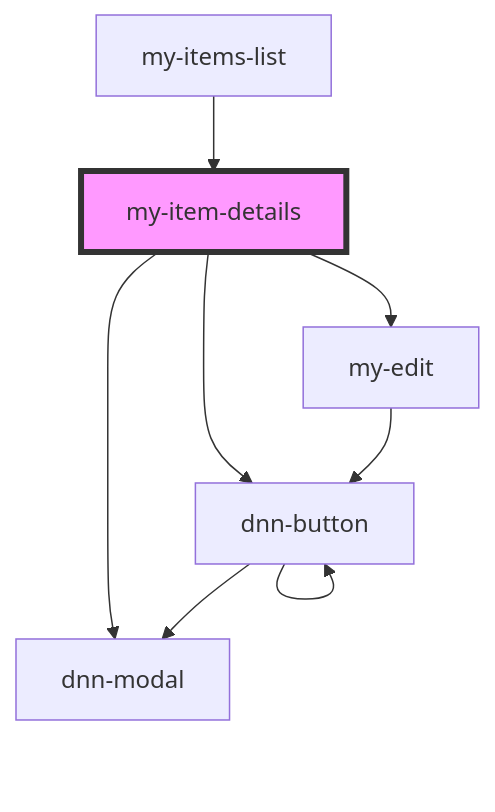
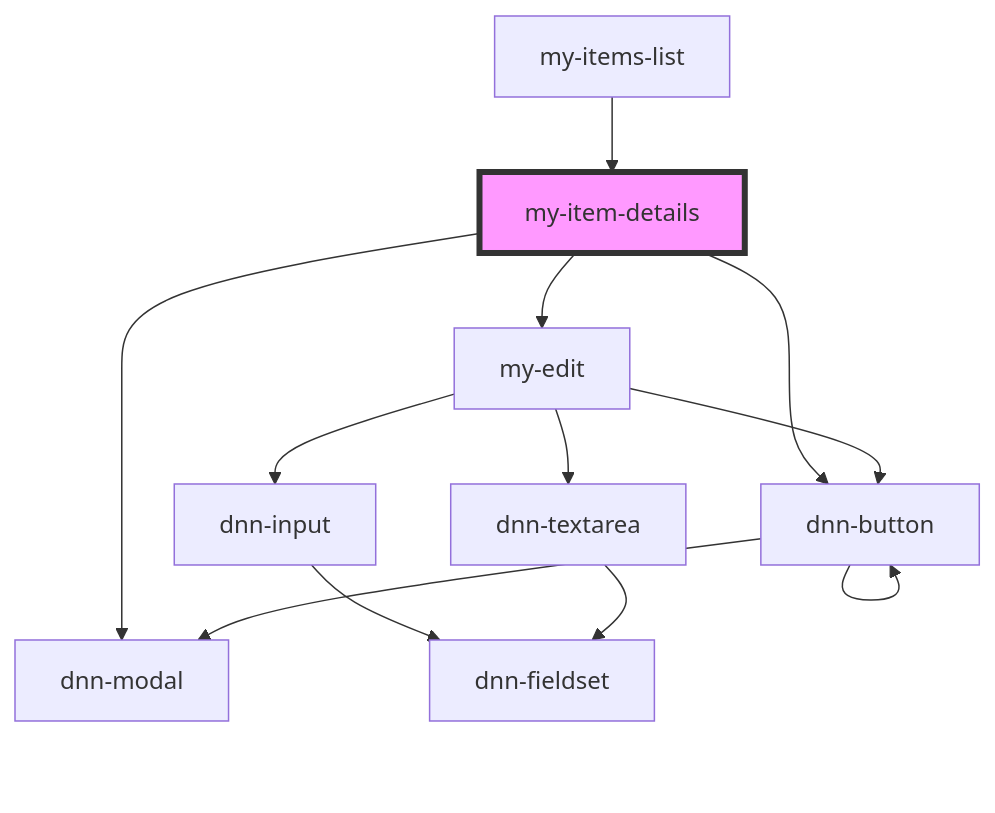
The diagram in module.web/src/components/my-item-details/readme.md (DNNCommunity/DNN.UserVoice), drawn with Mermaid before and after one commit. The commit also changed 138 other files, not shown here.

````diff
--- a/module.web/src/components/my-item-details/readme.md
+++ b/module.web/src/components/my-item-details/readme.md
@@ -28,11 +28,15 @@
 ```mermaid
 graph TD;
   my-item-details --> dnn-button
   my-item-details --> dnn-modal
   my-item-details --> my-edit
   dnn-button --> dnn-modal
   dnn-button --> dnn-button
+  my-edit --> dnn-input
+  my-edit --> dnn-textarea
   my-edit --> dnn-button
+  dnn-input --> dnn-fieldset
+  dnn-textarea --> dnn-fieldset
   my-items-list --> my-item-details
   style my-item-details fill:#f9f,stroke:#333,stroke-width:4px
 ```
````
